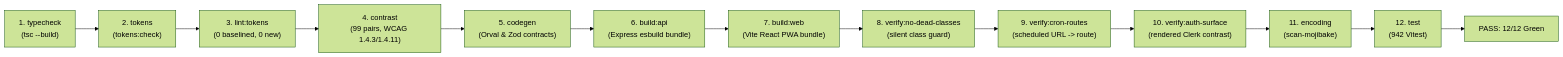
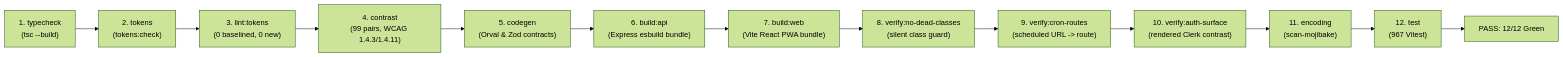
Before and after one commit to Driftloom/TaskOS: the second of 2 diagrams in spec/master-verification-matrix.md, drawn with Mermaid (forest theme). The commit also changed other lines of this file and 12 other files, not shown here.

````diff
--- a/spec/master-verification-matrix.md
+++ b/spec/master-verification-matrix.md
@@ -258,15 +258,15 @@
 ```mermaid
 flowchart LR
     G1["1. typecheck<br/>(tsc --build)"] --> G2["2. tokens<br/>(tokens:check)"]
     G2 --> G3["3. lint:tokens<br/>(0 baselined, 0 new)"]
     G3 --> G4["4. contrast<br/>(99 pairs, WCAG 1.4.3/1.4.11)"]
     G4 --> G5["5. codegen<br/>(Orval & Zod contracts)"]
     G5 --> G6["6. build:api<br/>(Express esbuild bundle)"]
     G6 --> G7["7. build:web<br/>(Vite React PWA bundle)"]
     G7 --> G8["8. verify:no-dead-classes<br/>(silent class guard)"]
     G8 --> G9["9. verify:cron-routes<br/>(scheduled URL -> route)"]
     G9 --> G10["10. verify:auth-surface<br/>(rendered Clerk contrast)"]
     G10 --> G11["11. encoding<br/>(scan-mojibake)"]
-    G11 --> G12["12. test<br/>(942 Vitest)"]
+    G11 --> G12["12. test<br/>(967 Vitest)"]
     G12 --> Green["PASS: 12/12 Green"]
 ```
````
